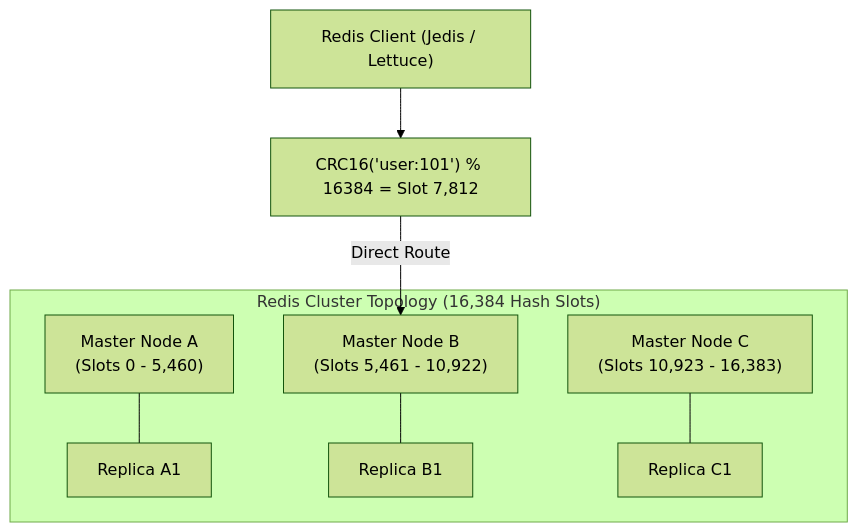
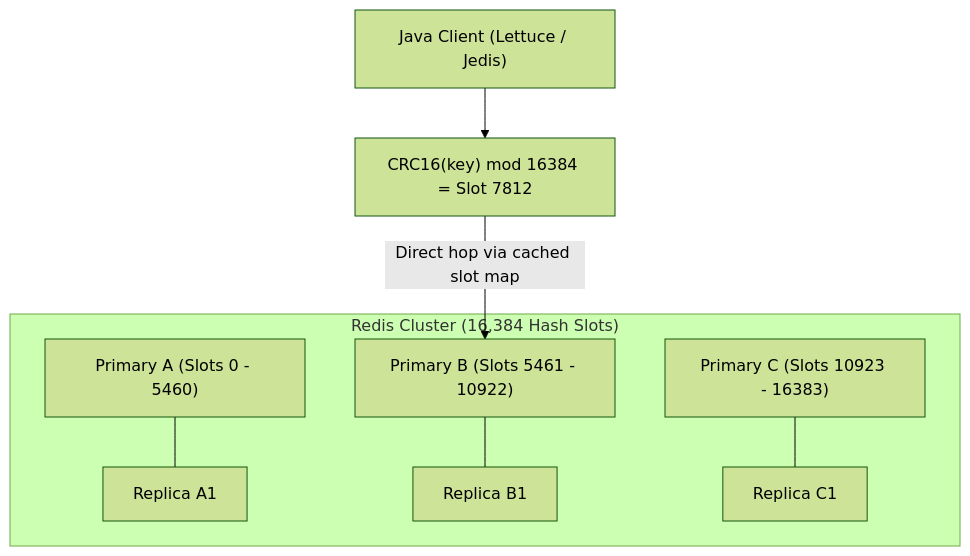
One commit to ravishankar2463/java_hub changed the fourth of 5 diagrams in content/roadmap/level-13/system-design-scalability-patterns.md. Above: the diagram before and after it, drawn with Mermaid (forest theme). The commit also changed other lines of this file and 119 other files, not shown here.

Commit message:
feat: add comprehensive java learning roadmap content across multiple levels

````diff
--- a/content/roadmap/level-13/system-design-scalability-patterns.md
+++ b/content/roadmap/level-13/system-design-scalability-patterns.md
@@ -167,14 +326,11 @@
 ```mermaid
 flowchart TD
-    subgraph RedisCluster ["Redis Cluster Topology (16,384 Hash Slots)"]
-        Node1["Master Node A
-(Slots 0 - 5,460)"] --- ReplicaA["Replica A1"]
-        Node2["Master Node B
-(Slots 5,461 - 10,922)"] --- ReplicaB["Replica B1"]
-        Node3["Master Node C
-(Slots 10,923 - 16,383)"] --- ReplicaC["Replica C1"]
+    client["Java Client (Lettuce / Jedis)"] --> hash["CRC16(key) mod 16384 = Slot 7812"]
+    hash -->|"Direct hop via cached slot map"| nodeB
+
+    subgraph cluster["Redis Cluster (16,384 Hash Slots)"]
+        nodeA["Primary A (Slots 0 - 5460)"] --- repA["Replica A1"]
+        nodeB["Primary B (Slots 5461 - 10922)"] --- repB["Replica B1"]
+        nodeC["Primary C (Slots 10923 - 16383)"] --- repC["Replica C1"]
     end
-
-    Client["Redis Client (Jedis / Lettuce)"] --> Calculate["CRC16('user:101') % 16384 = Slot 7,812"]
-    Calculate -->|Direct Route| Node2
 ```
````
